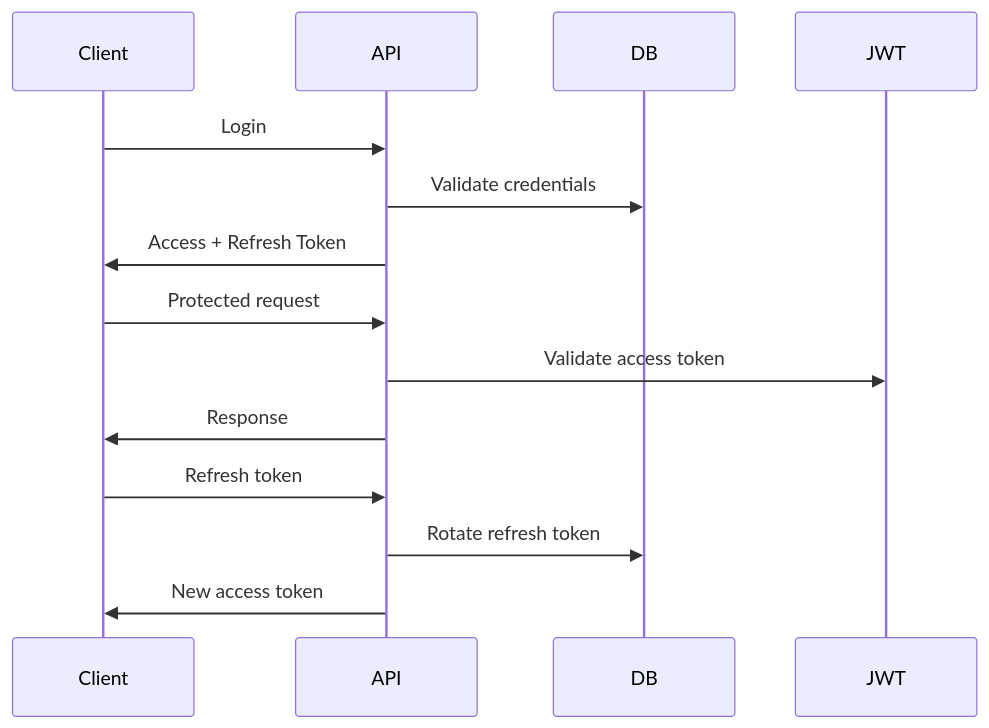
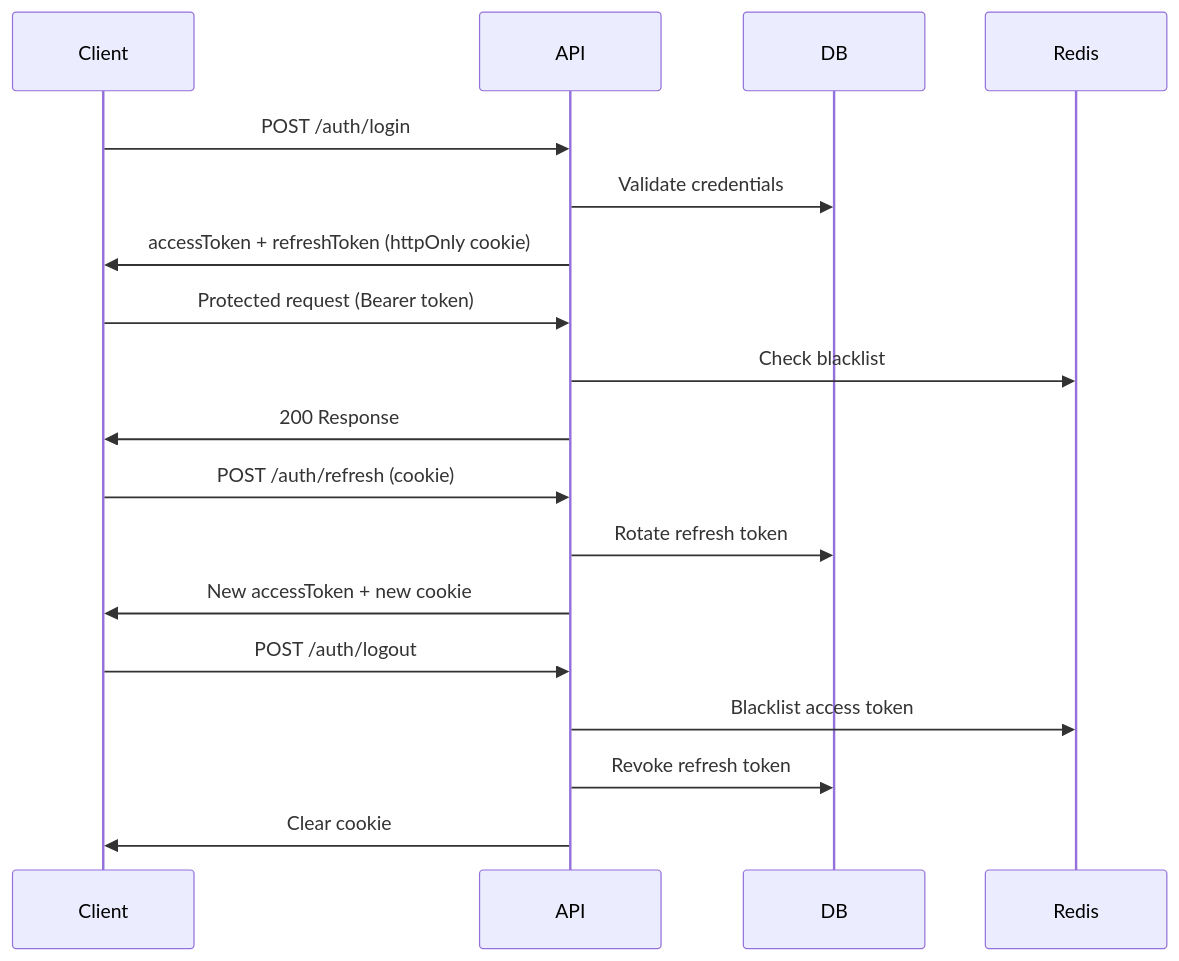
The second of 2 diagrams in README.md (sebasolarte22/knowledge-hub-api), drawn with Mermaid before and after one commit. The commit also changed other lines of this file, not shown here.

````diff
--- a/README.md
+++ b/README.md
@@ -261,15 +137,19 @@
 ```mermaid
 sequenceDiagram
+  Client->>API: POST /auth/login
+  API->>DB: Validate credentials
+  API->>Client: accessToken + refreshToken (httpOnly cookie)
 
-Client->>API: Login
-API->>DB: Validate credentials
-API->>Client: Access + Refresh Token
+  Client->>API: Protected request (Bearer token)
+  API->>Redis: Check blacklist
+  API->>Client: 200 Response
 
-Client->>API: Protected request
-API->>JWT: Validate access token
-API->>Client: Response
+  Client->>API: POST /auth/refresh (cookie)
+  API->>DB: Rotate refresh token
+  API->>Client: New accessToken + new cookie
 
-Client->>API: Refresh token
-API->>DB: Rotate refresh token
-API->>Client: New access token
+  Client->>API: POST /auth/logout
+  API->>Redis: Blacklist access token
+  API->>DB: Revoke refresh token
+  API->>Client: Clear cookie
 ```
````
